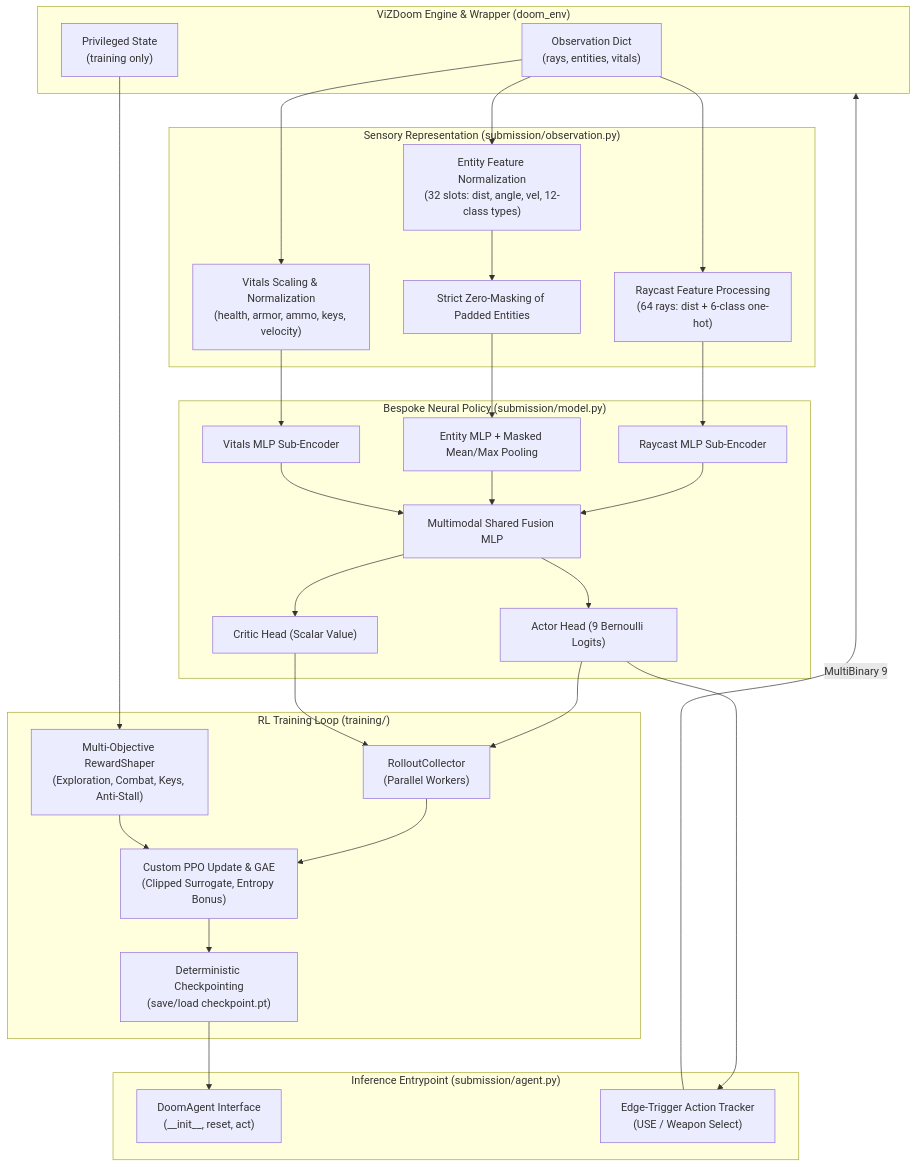
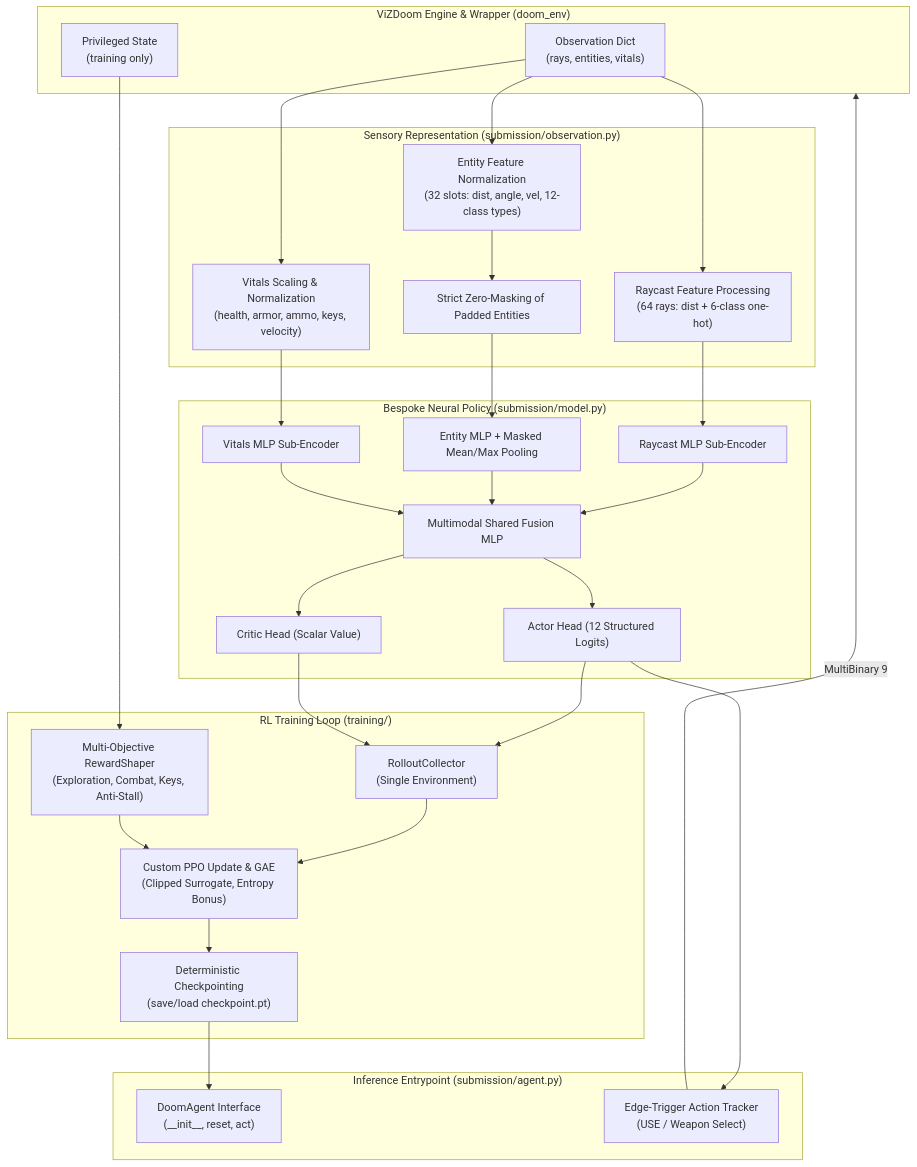
One commit to nitishsingh10/playDoom changed the diagram in README.md. Above: the diagram before and after it, drawn with Mermaid. The commit also changed other lines of this file and 33 other files, not shown here.

````diff
--- a/README.md
+++ b/README.md
@@ -16,52 +16,52 @@
 ```mermaid
 flowchart TD
     subgraph Env["ViZDoom Engine & Wrapper (doom_env)"]
         Obs["Observation Dict<br/>(rays, entities, vitals)"]
         Priv["Privileged State<br/>(training only)"]
     end
 
     subgraph Sensory["Sensory Representation (submission/observation.py)"]
         RayEnc["Raycast Feature Processing<br/>(64 rays: dist + 6-class one-hot)"]
         EntEnc["Entity Feature Normalization<br/>(32 slots: dist, angle, vel, 12-class types)"]
         VitEnc["Vitals Scaling & Normalization<br/>(health, armor, ammo, keys, velocity)"]
         Masking["Strict Zero-Masking of Padded Entities"]
     end
 
     subgraph Model["Bespoke Neural Policy (submission/model.py)"]
         RayMLP["Raycast MLP Sub-Encoder"]
         EntMLP["Entity MLP + Masked Mean/Max Pooling"]
         VitMLP["Vitals MLP Sub-Encoder"]
         Fusion["Multimodal Shared Fusion MLP"]
-        ActorHead["Actor Head (9 Bernoulli Logits)"]
+        ActorHead["Actor Head (12 Structured Logits)"]
         CriticHead["Critic Head (Scalar Value)"]
     end
 
     subgraph Training["RL Training Loop (training/)"]
-        Rollout["RolloutCollector<br/>(Parallel Workers)"]
+        Rollout["RolloutCollector<br/>(Single Environment)"]
         RewardShaper["Multi-Objective RewardShaper<br/>(Exploration, Combat, Keys, Anti-Stall)"]
         PPO["Custom PPO Update & GAE<br/>(Clipped Surrogate, Entropy Bonus)"]
         Checkpointer["Deterministic Checkpointing<br/>(save/load checkpoint.pt)"]
     end
 
     subgraph Eval["Inference Entrypoint (submission/agent.py)"]
         DoomAgent["DoomAgent Interface<br/>(__init__, reset, act)"]
         EdgeTracker["Edge-Trigger Action Tracker<br/>(USE / Weapon Select)"]
     end
 
     Obs --> RayEnc & EntEnc & VitEnc
     EntEnc --> Masking
     RayEnc --> RayMLP
     Masking --> EntMLP
     VitEnc --> VitMLP
 
     RayMLP & EntMLP & VitMLP --> Fusion
     Fusion --> ActorHead & CriticHead
 
     ActorHead & CriticHead --> Rollout
     Priv --> RewardShaper
     Rollout & RewardShaper --> PPO
     PPO --> Checkpointer
     Checkpointer --> DoomAgent
     ActorHead --> EdgeTracker
     EdgeTracker -->|MultiBinary 9| Env
 ```
````
